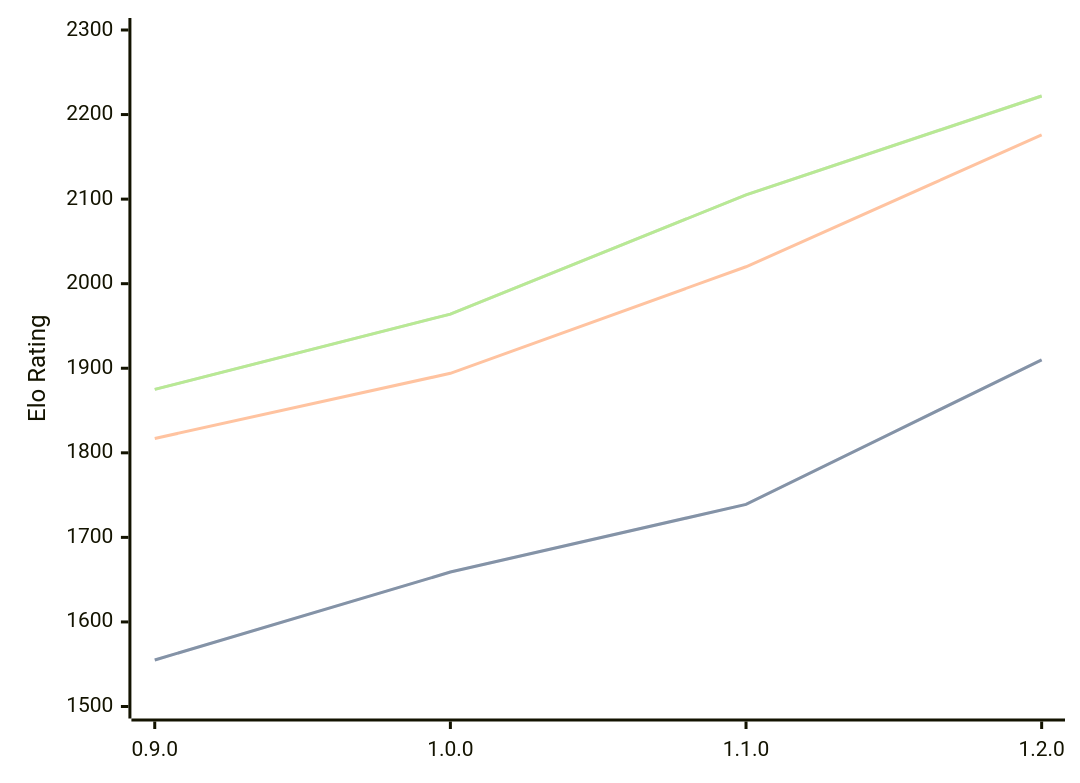
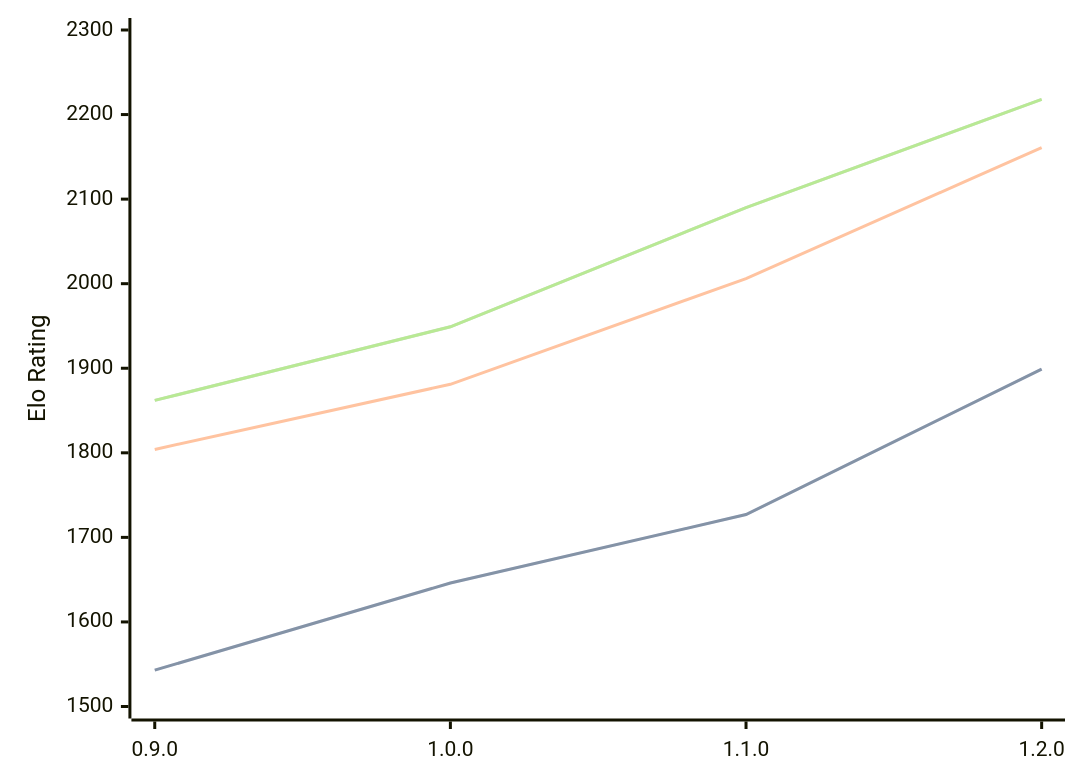
The diagram in engines/Ratsu.md (computer-chess-index/cci), drawn with Mermaid before and after one commit. The commit also changed other lines of this file, not shown here.

Commit message:
Update CCI Ratings (ELO VLTC) - 2026-05-20

````diff
--- a/engines/Ratsu.md
+++ b/engines/Ratsu.md
@@ -34,11 +34,11 @@
 ```mermaid
 %%{init: {"theme":"base","themeVariables":{"seriesColors:['#a3a3a3','#222221','#faa371']}}}%%
 xychart-beta
   x-axis ["0.9.0", "1.0.0", "1.1.0", "1.2.0"]
   y-axis "Elo Rating" 1500 --> 2300
-  line "STC (8.0+0.08s)" [1555, 1659, 1739, 1910]
-  line "STC (8.0+0.08s)" [1555, 1659, 1739, 1910]
-  line "LTC (60.0+0.60s)" [1817, 1894, 2020, 2176]
-  line "VLTC (2m24s+1.12s)" [1875, 1964, 2105, 2222]
-  line "VLTC (2m24s+1.12s)" [1875, 1964, 2105, 2222]
+  line "STC (8.0+0.08s)" [1543, 1646, 1727, 1899]
+  line "STC (8.0+0.08s)" [1543, 1646, 1727, 1899]
+  line "LTC (60.0+0.60s)" [1804, 1881, 2006, 2161]
+  line "VLTC (2m24s+1.12s)" [1862, 1949, 2090, 2218]
+  line "VLTC (2m24s+1.12s)" [1862, 1949, 2090, 2218]
 ```
````
